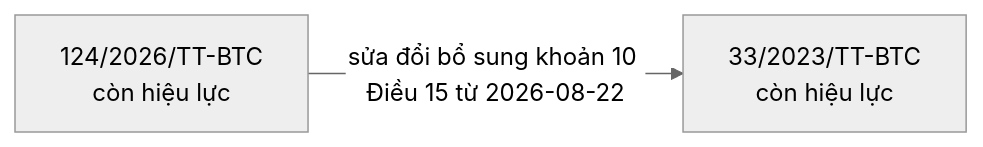
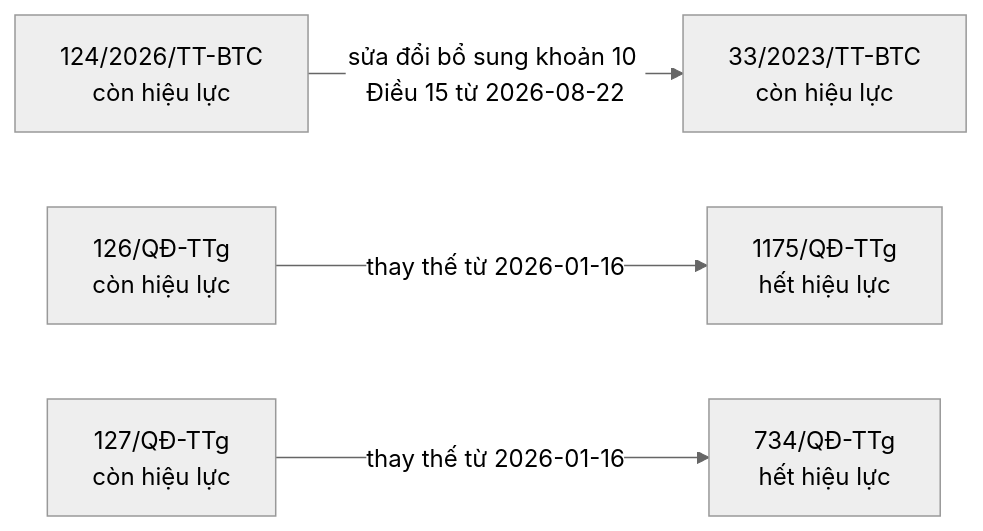
One commit to ozvietnam/oz-wiki-plhq changed the eighth of 8 diagrams in bao-cao/quan-he.md. Above: the diagram before and after it, drawn with Mermaid (neutral theme). The commit also changed 4 other files, not shown here.

````diff
--- a/bao-cao/quan-he.md
+++ b/bao-cao/quan-he.md
@@ -354,6 +353,12 @@
 ```mermaid
 flowchart LR
   n_124_2026_TT_BTC["124/2026/TT-BTC<br/>còn hiệu lực"]
   n_33_2023_TT_BTC["33/2023/TT-BTC<br/>còn hiệu lực"]
+  n_126_Q__TTg["126/QĐ-TTg<br/>còn hiệu lực"]
+  n_1175_Q__TTg["1175/QĐ-TTg<br/>hết hiệu lực"]
+  n_127_Q__TTg["127/QĐ-TTg<br/>còn hiệu lực"]
+  n_734_Q__TTg["734/QĐ-TTg<br/>hết hiệu lực"]
   n_124_2026_TT_BTC -->|sửa đổi bổ sung khoản 10 Điều 15 từ 2026-08-22| n_33_2023_TT_BTC
+  n_126_Q__TTg -->|thay thế từ 2026-01-16| n_1175_Q__TTg
+  n_127_Q__TTg -->|thay thế từ 2026-01-16| n_734_Q__TTg
 ```
````
